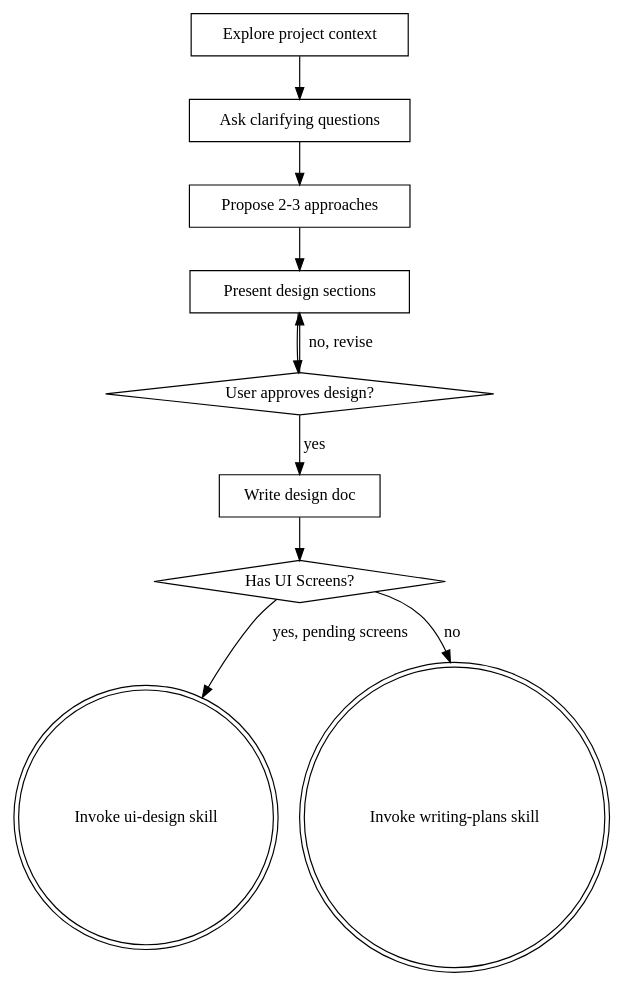
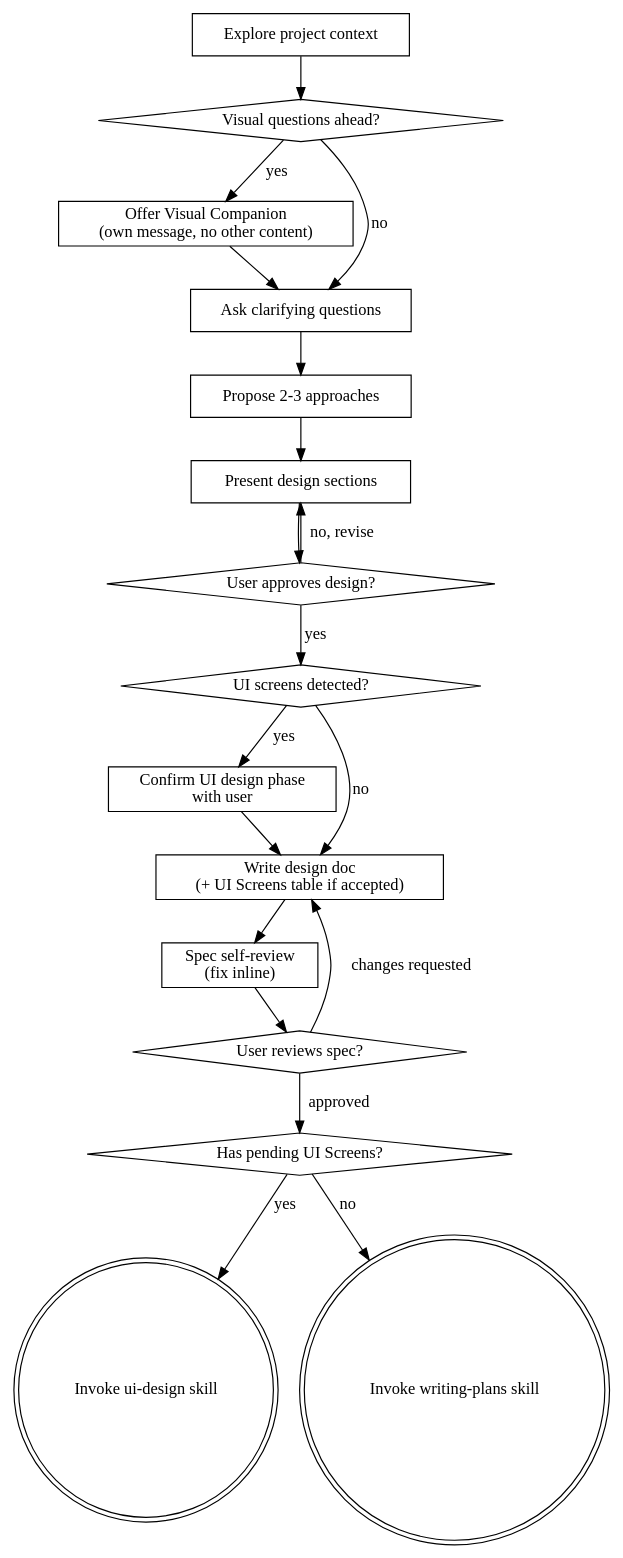
The diagram in registry/skills/brainstorming/SKILL.md (Kodria/agentic-workflow), drawn with Graphviz before and after one commit. The commit also changed other lines of this file and 28 other files, not shown here.

````diff
--- a/registry/skills/brainstorming/SKILL.md
+++ b/registry/skills/brainstorming/SKILL.md
@@ -36,23 +39,38 @@
 ```dot
 digraph brainstorming {
     "Explore project context" [shape=box];
+    "Visual questions ahead?" [shape=diamond];
+    "Offer Visual Companion\n(own message, no other content)" [shape=box];
     "Ask clarifying questions" [shape=box];
     "Propose 2-3 approaches" [shape=box];
     "Present design sections" [shape=box];
     "User approves design?" [shape=diamond];
-    "Write design doc" [shape=box];
-    "Has UI Screens?" [shape=diamond];
+    "UI screens detected?" [shape=diamond];
+    "Confirm UI design phase\nwith user" [shape=box];
+    "Write design doc\n(+ UI Screens table if accepted)" [shape=box];
+    "Spec self-review\n(fix inline)" [shape=box];
+    "User reviews spec?" [shape=diamond];
+    "Has pending UI Screens?" [shape=diamond];
     "Invoke ui-design skill" [shape=doublecircle];
     "Invoke writing-plans skill" [shape=doublecircle];
 
-    "Explore project context" -> "Ask clarifying questions";
+    "Explore project context" -> "Visual questions ahead?";
+    "Visual questions ahead?" -> "Offer Visual Companion\n(own message, no other content)" [label="yes"];
+    "Visual questions ahead?" -> "Ask clarifying questions" [label="no"];
+    "Offer Visual Companion\n(own message, no other content)" -> "Ask clarifying questions";
     "Ask clarifying questions" -> "Propose 2-3 approaches";
     "Propose 2-3 approaches" -> "Present design sections";
     "Present design sections" -> "User approves design?";
     "User approves design?" -> "Present design sections" [label="no, revise"];
-    "User approves design?" -> "Write design doc" [label="yes"];
-    "Write design doc" -> "Has UI Screens?";
-    "Has UI Screens?" -> "Invoke ui-design skill" [label="yes, pending screens"];
-    "Has UI Screens?" -> "Invoke writing-plans skill" [label="no"];
+    "User approves design?" -> "UI screens detected?" [label="yes"];
+    "UI screens detected?" -> "Confirm UI design phase\nwith user" [label="yes"];
+    "UI screens detected?" -> "Write design doc\n(+ UI Screens table if accepted)" [label="no"];
+    "Confirm UI design phase\nwith user" -> "Write design doc\n(+ UI Screens table if accepted)";
+    "Write design doc\n(+ UI Screens table if accepted)" -> "Spec self-review\n(fix inline)";
+    "Spec self-review\n(fix inline)" -> "User reviews spec?";
+    "User reviews spec?" -> "Write design doc\n(+ UI Screens table if accepted)" [label="changes requested"];
+    "User reviews spec?" -> "Has pending UI Screens?" [label="approved"];
+    "Has pending UI Screens?" -> "Invoke ui-design skill" [label="yes"];
+    "Has pending UI Screens?" -> "Invoke writing-plans skill" [label="no"];
 }
 ```
````
